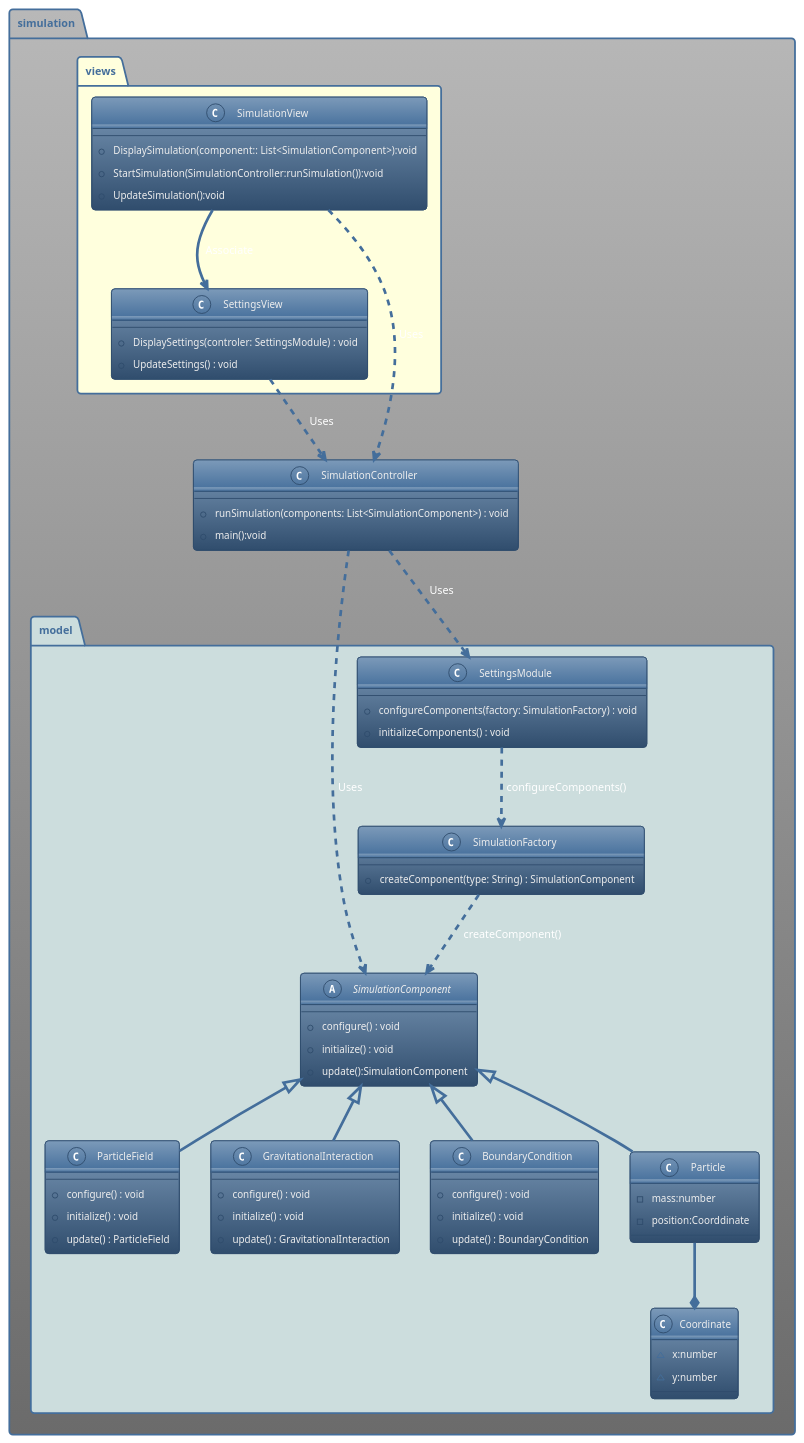
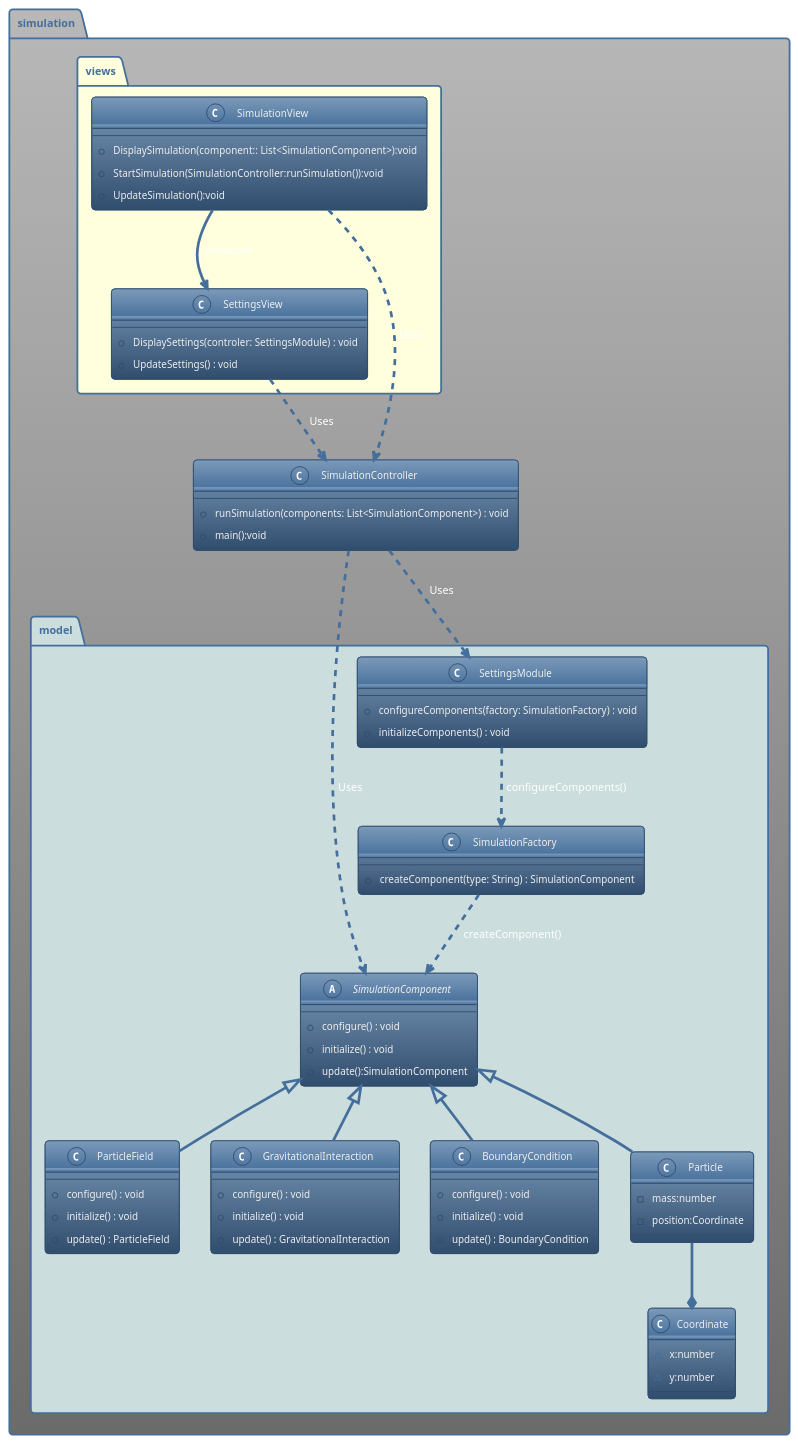
One commit to programming-formalisms/programming_formalisms_example_project changed the diagram in CDAI_MVC_Simulation.puml. Above: the diagram before and after it, drawn with PlantUML. The commit also changed 1 other file, not shown here.

```diff
--- a/CDAI_MVC_Simulation.puml
+++ b/CDAI_MVC_Simulation.puml
@@ -1,85 +1,85 @@
 @startuml SimulationFactory
 !theme spacelab
 
 package simulation{
 
 class SimulationController {
   +runSimulation(components: List<SimulationComponent>) : void
   +main():void
 }
 
 package simulation.model #CCDDDD{
 
 Abstract SimulationComponent {
   +configure() : void
   +initialize() : void
   +update():SimulationComponent
   
 }
 
 class ParticleField {
   +configure() : void
   +initialize() : void
   +update() : ParticleField
 }
 
 class GravitationalInteraction {
   +configure() : void
   +initialize() : void
   +update() : GravitationalInteraction
 }
 
 class BoundaryCondition {
   +configure() : void
   +initialize() : void
   +update() : BoundaryCondition
 }
 
 class SimulationFactory {
   +createComponent(type: String) : SimulationComponent
 }
 
 class SettingsModule {
   +configureComponents(factory: SimulationFactory) : void
   +initializeComponents() : void
 }
 class Particle {
   -mass:number
-  -position:Coorddinate
+  -position:Coordinate
 }
 Class Coordinate{
  ~x:number
  ~y:number
 }
 }
 
 package simulation.views #FFFFDD {
 class SettingsView {
   +DisplaySettings(controler: SettingsModule) : void
   +UpdateSettings() : void
 }
 
 class SimulationView{
  +DisplaySimulation(component:: List<SimulationComponent>):void
  +StartSimulation(SimulationController:runSimulation()):void
  +UpdateSimulation():void
 }
 }
 
 SimulationFactory ..> SimulationComponent: createComponent()
 SimulationComponent <|-- ParticleField
 SimulationComponent <|-- GravitationalInteraction
 SimulationComponent <|-- BoundaryCondition
 SimulationComponent <|-- Particle
 Particle --* Coordinate
 
 
 SimulationController ..> SettingsModule : Uses
 SimulationController ..> SimulationComponent : Uses
 
 SettingsView ..> SimulationController: Uses
 SettingsModule ..> SimulationFactory : configureComponents()
 SimulationView ..>SimulationController:Uses
 SimulationView-->SettingsView: Associate
 
 @enduml
```
